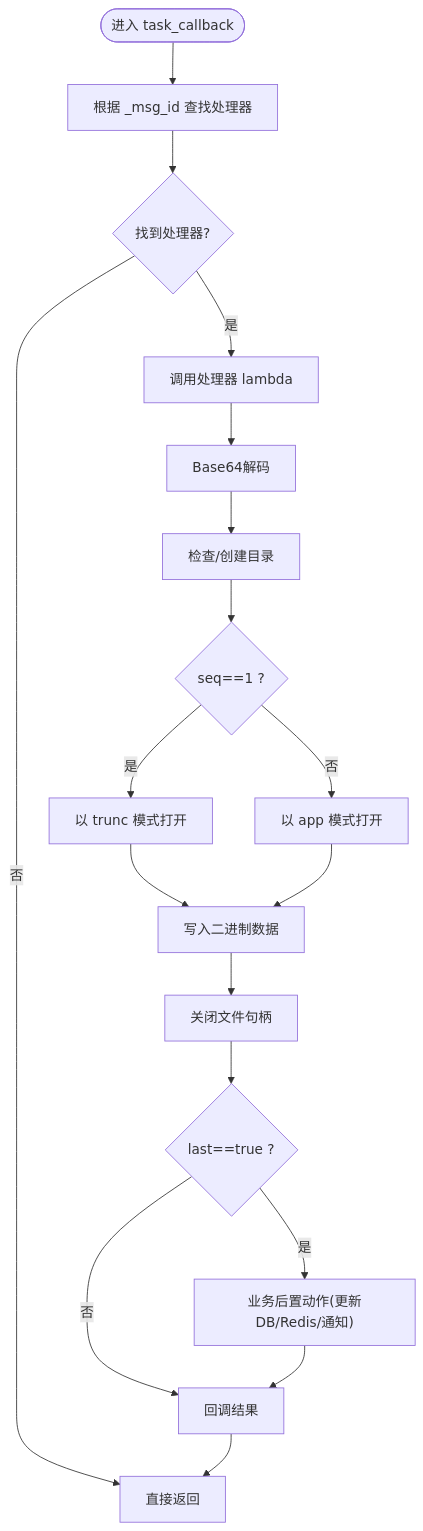
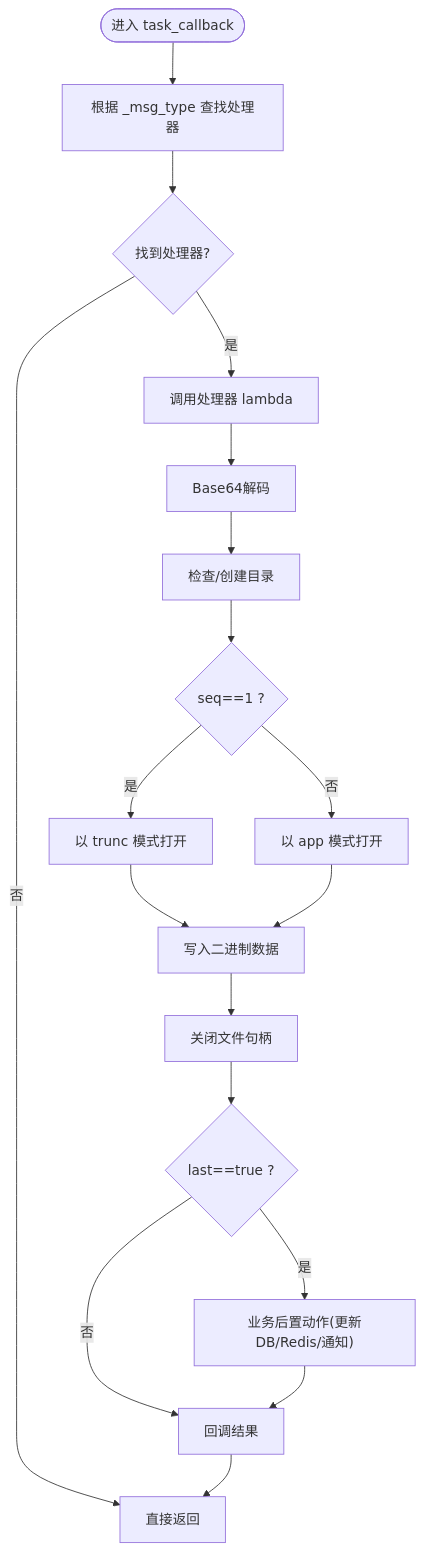
The third of 5 diagrams in .qoder/repowiki/zh/content/核心功能模块/文件传输系统/文件存储管理.md (echo9923/mychatter), drawn with Mermaid before and after one commit. The commit also changed other lines of this file and 128 other files, not shown here.

First line of the commit message:
refactor(protocol): TCP 帧头消息类型 msg_id 全局改名为 msg_type

````diff
--- a/.qoder/repowiki/zh/content/核心功能模块/文件传输系统/文件存储管理.md
+++ b/.qoder/repowiki/zh/content/核心功能模块/文件传输系统/文件存储管理.md
@@ -160,20 +160,20 @@
 ```mermaid
 flowchart TD
-Start(["进入 task_callback"]) --> Lookup["根据 _msg_id 查找处理器"]
+Start(["进入 task_callback"]) --> Lookup["根据 _msg_type 查找处理器"]
 Lookup --> Found{"找到处理器?"}
 Found -- "否" --> End["直接返回"]
 Found -- "是" --> Handler["调用处理器 lambda"]
 Handler --> Decode["Base64解码"]
 Decode --> PathCheck["检查/创建目录"]
 PathCheck --> OpenFile{"seq==1 ?"}
 OpenFile -- "是" --> Truncate["以 trunc 模式打开"]
 OpenFile -- "否" --> Append["以 app 模式打开"]
 Truncate --> Write["写入二进制数据"]
 Append --> Write
 Write --> Close["关闭文件句柄"]
 Close --> Last{"last==true ?"}
 Last -- "是" --> PostAction["业务后置动作(更新DB/Redis/通知)"]
 Last -- "否" --> Callback["回调结果"]
 PostAction --> Callback
 Callback --> End
 ```
````
